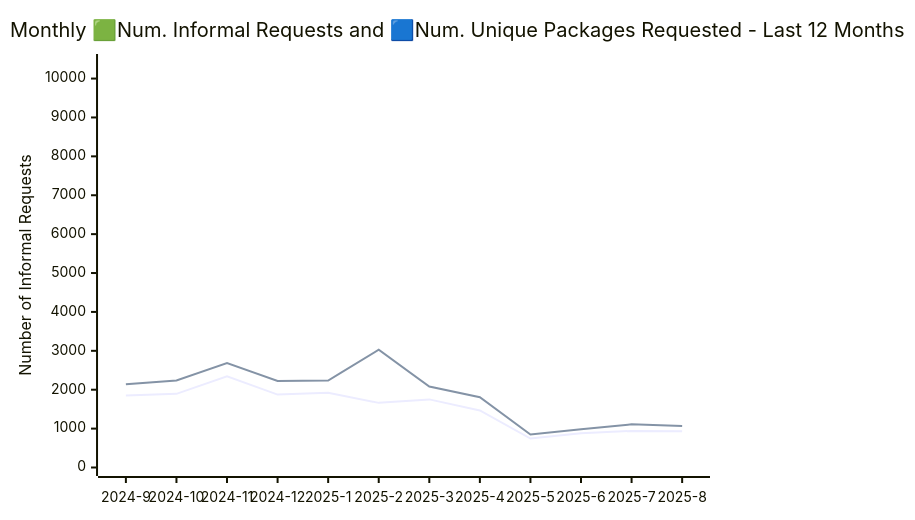
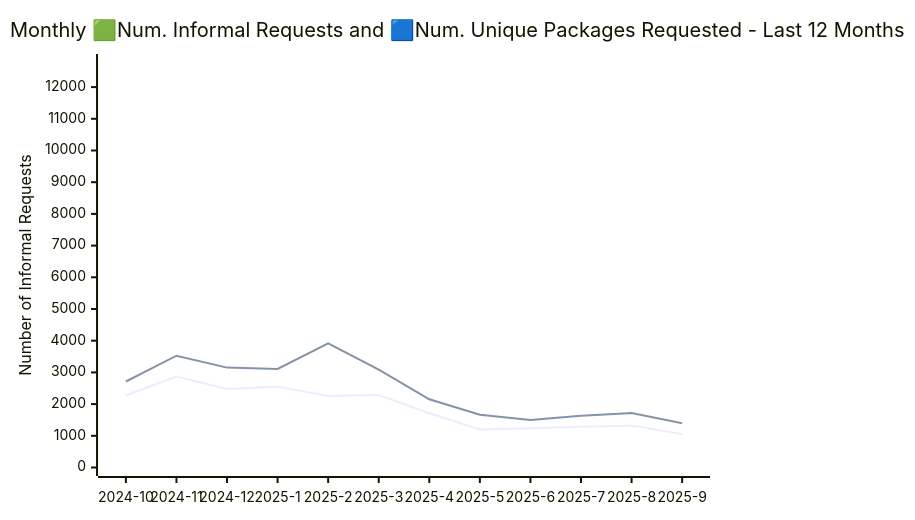
One commit to open-data/analytics-corporate-reporting changed the diagram in ATI_INFORMAL_REPORT/readme.md. Above: the diagram before and after it, drawn with Mermaid. The commit also changed other lines of this file and 5 other files, not shown here.

````diff
--- a/ATI_INFORMAL_REPORT/readme.md
+++ b/ATI_INFORMAL_REPORT/readme.md
@@ -17,11 +17,11 @@
 ```mermaid
 
 xychart-beta
     title "Monthly 🟩Num. Informal Requests and 🟦Num. Unique Packages Requested - Last 12 Months"
-    x-axis [2024-9, 2024-10, 2024-11, 2024-12, 2025-1, 2025-2, 2025-3, 2025-4, 2025-5, 2025-6, 2025-7, 2025-8]
-    y-axis "Unique Packages" 0 --> 8990
-    y-axis "Number of Informal Requests" 0 --> 10413
+    x-axis [2024-10, 2024-11, 2024-12, 2025-1, 2025-2, 2025-3, 2025-4, 2025-5, 2025-6, 2025-7, 2025-8, 2025-9]
+    y-axis "Unique Packages" 0 --> 10093
+    y-axis "Number of Informal Requests" 0 --> 12776
 
-    line [1849, 1893, 2347, 1874, 1919, 1662, 1751, 1467, 744, 882, 941, 930]
-    line [2138, 2236, 2688, 2223, 2237, 3027, 2080, 1808, 849, 982, 1109, 1070]
+    line [2271, 2866, 2479, 2551, 2259, 2289, 1711, 1201, 1240, 1283, 1321, 1053]
+    line [2713, 3526, 3151, 3108, 3916, 3088, 2153, 1666, 1499, 1635, 1720, 1399]
 ```
````
